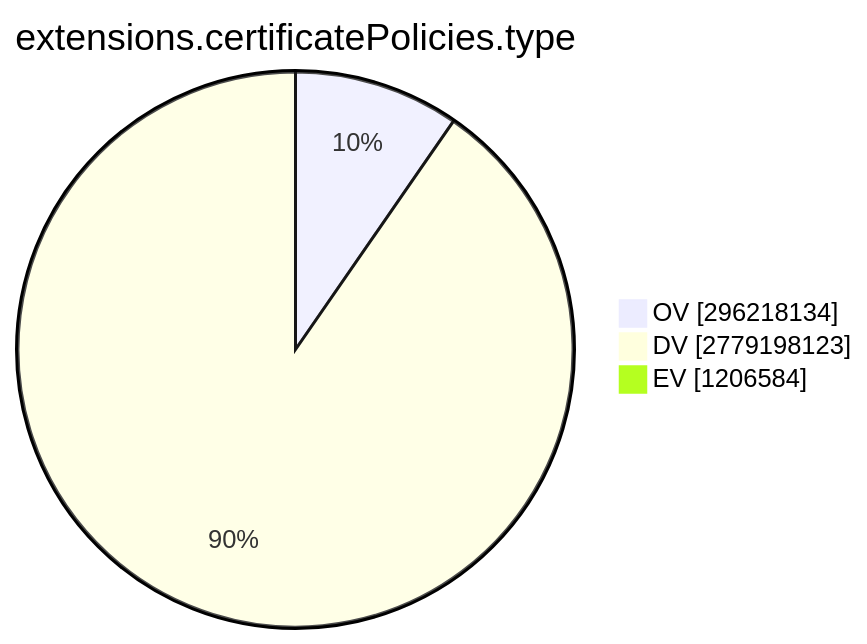
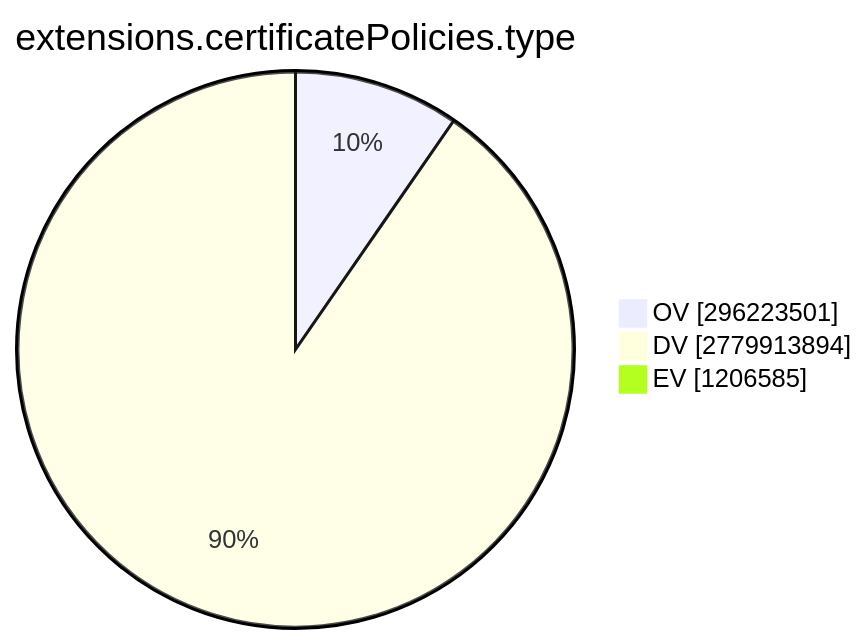
One commit to christiankrug/ctmonitor_visualization changed the ninth of 15 diagrams in TOTAL/README.md. Above: the diagram before and after it, drawn with Mermaid. The commit also changed other lines of this file, not shown here.

````diff
--- a/TOTAL/README.md
+++ b/TOTAL/README.md
@@ -3099,7 +3099,7 @@
 ```mermaid
 pie showData
 title extensions.certificatePolicies.type
-"OV" :296218134
-"DV" :2779198123
-"EV" :1206584
+"OV" :296223501
+"DV" :2779913894
+"EV" :1206585
 ```
````
